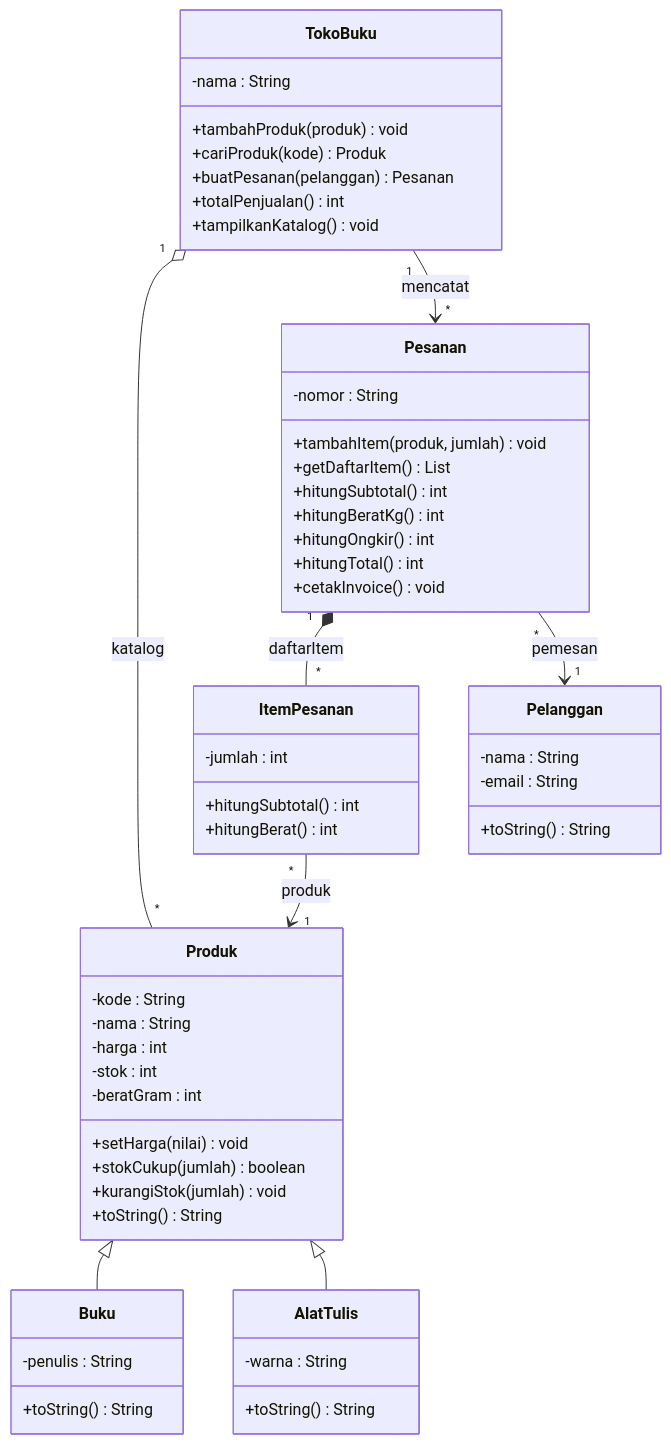
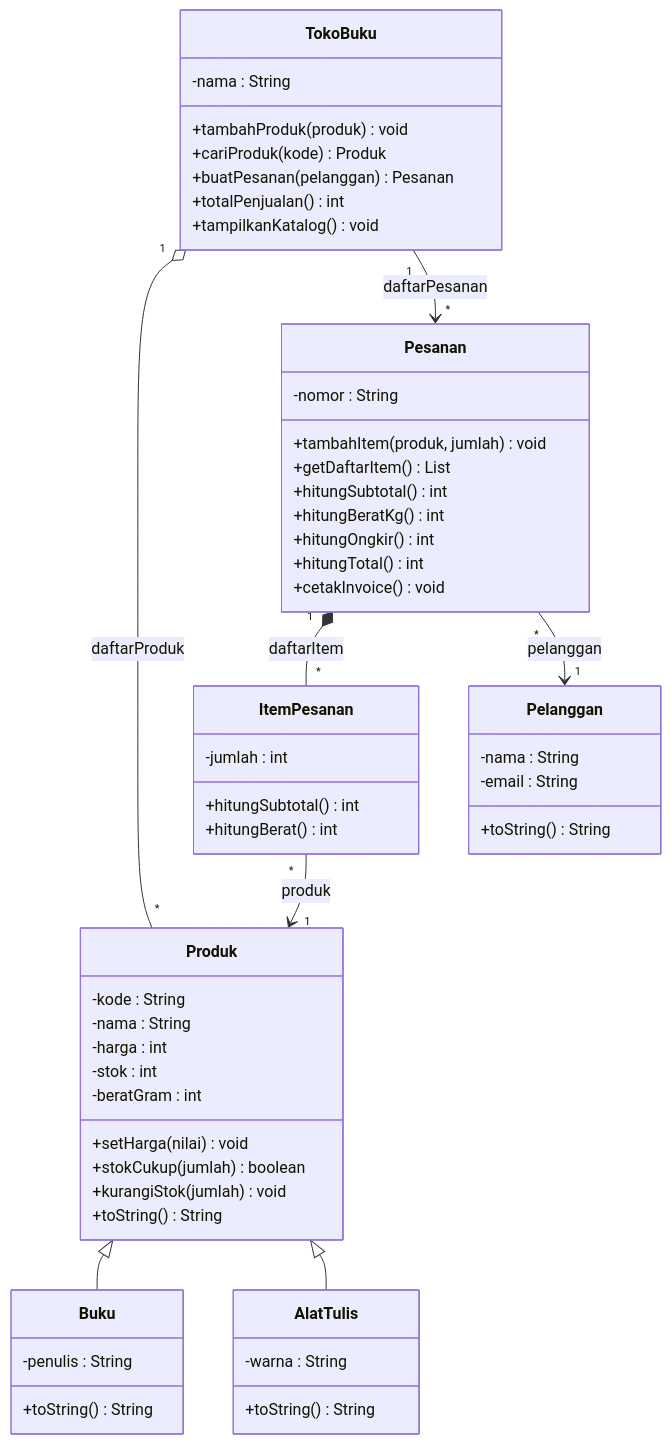
Before and after one commit to antonprafanto/PBO2026: the fourth of 4 diagrams in Pertemuan-08-UTS/pembahasan.md, drawn with Mermaid. The commit also changed other lines of this file and 291 other files, not shown here.

````diff
--- a/Pertemuan-08-UTS/pembahasan.md
+++ b/Pertemuan-08-UTS/pembahasan.md
@@ -695,57 +723,57 @@
 ```mermaid
 classDiagram
     class Pelanggan {
         -nama : String
         -email : String
         +toString() String
     }
     class Produk {
         -kode : String
         -nama : String
         -harga : int
         -stok : int
         -beratGram : int
         +setHarga(nilai) void
         +stokCukup(jumlah) boolean
         +kurangiStok(jumlah) void
         +toString() String
     }
     class Buku {
         -penulis : String
         +toString() String
     }
     class AlatTulis {
         -warna : String
         +toString() String
     }
     class ItemPesanan {
         -jumlah : int
         +hitungSubtotal() int
         +hitungBerat() int
     }
     class Pesanan {
         -nomor : String
         +tambahItem(produk, jumlah) void
         +getDaftarItem() List
         +hitungSubtotal() int
         +hitungBeratKg() int
         +hitungOngkir() int
         +hitungTotal() int
         +cetakInvoice() void
     }
     class TokoBuku {
         -nama : String
         +tambahProduk(produk) void
         +cariProduk(kode) Produk
         +buatPesanan(pelanggan) Pesanan
         +totalPenjualan() int
         +tampilkanKatalog() void
     }
     Produk <|-- Buku
     Produk <|-- AlatTulis
-    TokoBuku "1" o-- "*" Produk : katalog
-    TokoBuku "1" --> "*" Pesanan : mencatat
+    TokoBuku "1" o-- "*" Produk : daftarProduk
+    TokoBuku "1" --> "*" Pesanan : daftarPesanan
     Pesanan "1" *-- "*" ItemPesanan : daftarItem
-    Pesanan "*" --> "1" Pelanggan : pemesan
+    Pesanan "*" --> "1" Pelanggan : pelanggan
     ItemPesanan "*" --> "1" Produk : produk
 ```
````
